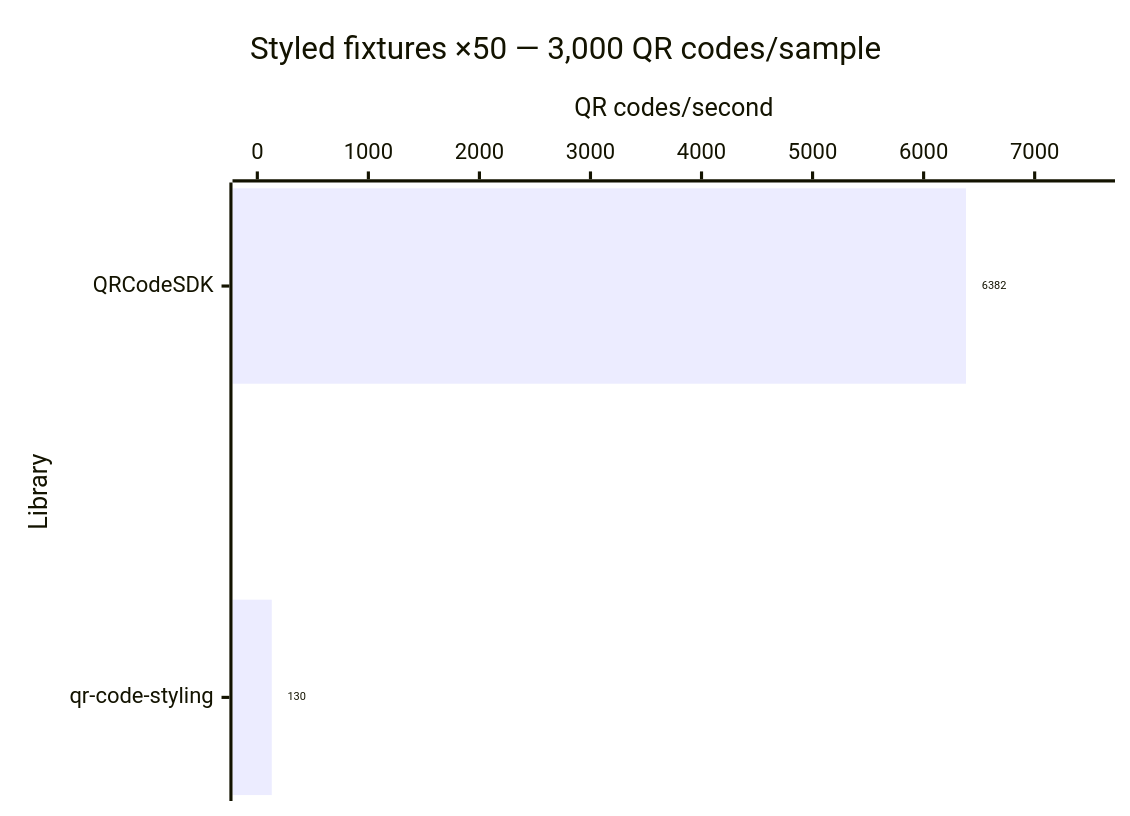
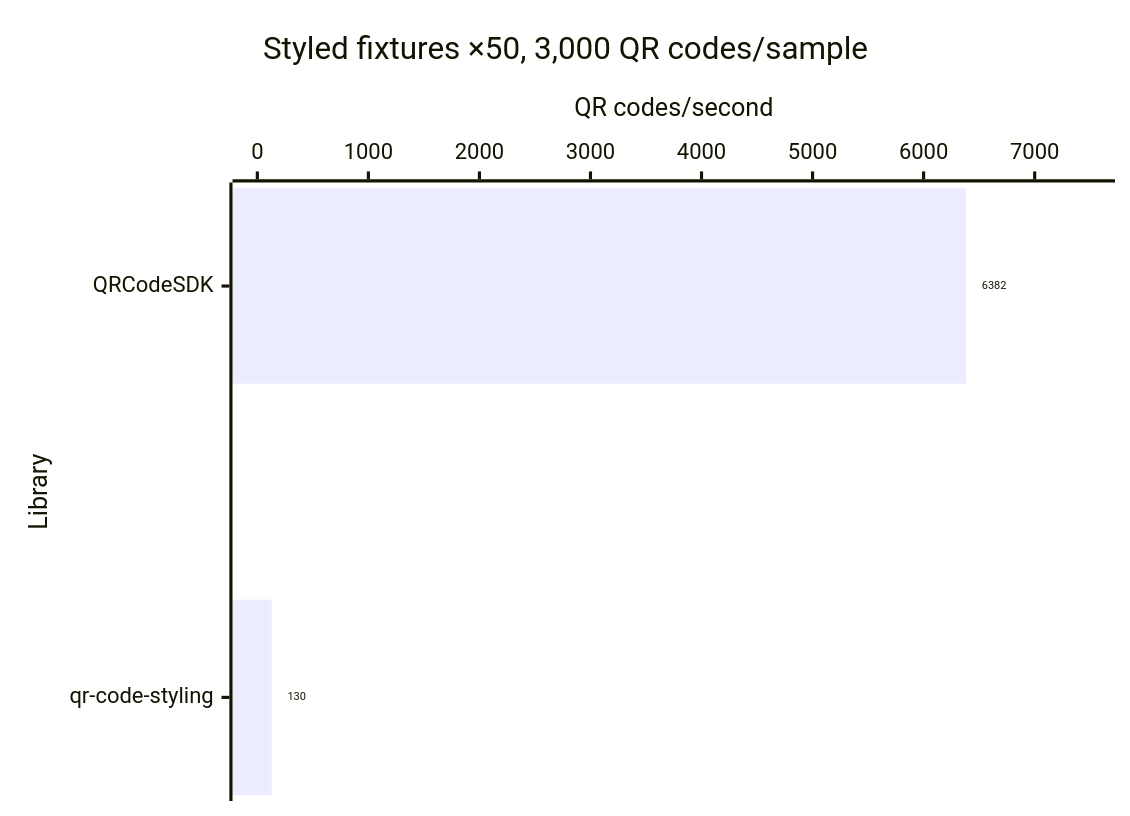
One commit to Dafnik/qrcodesdk changed diagram 14 of 14 in apps/docs/src/content/docs/learn/performance.md. Above: the diagram before and after it, drawn with Mermaid. The commit also changed other lines of this file and 86 other files, not shown here.

````diff
--- a/apps/docs/src/content/docs/learn/performance.md
+++ b/apps/docs/src/content/docs/learn/performance.md
@@ -300,15 +300,15 @@
 ```mermaid
 ---
 config:
   xyChart:
     showDataLabel: true
     showDataLabelOutsideBar: true
 ---
 xychart horizontal
-  accTitle: Styled SVG generation: Styled fixtures ×50 — 3,000 QR codes/sample
+  accTitle: Styled SVG generation, Styled fixtures ×50, 3,000 QR codes/sample
   accDescr: Throughput calculated from median time. QRCodeSDK 6,382 QR codes per second, qr-code-styling 130 QR codes per second. Higher is better.
-  title "Styled fixtures ×50 — 3,000 QR codes/sample"
+  title "Styled fixtures ×50, 3,000 QR codes/sample"
   x-axis "Library" ["QRCodeSDK", "qr-code-styling"]
   y-axis "QR codes/second" 0 --> 7500
   bar [6382, 130]
 ```
````
